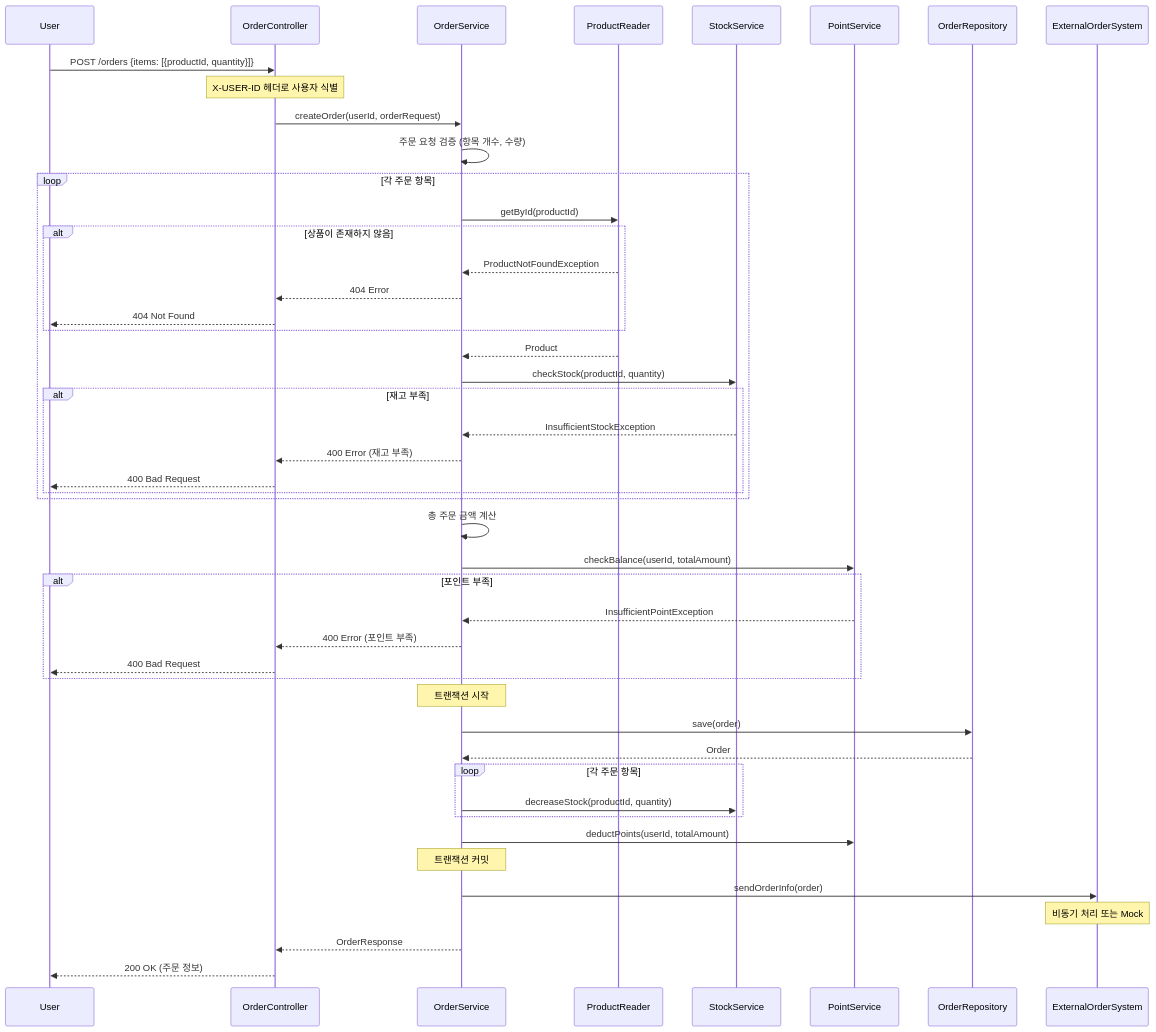
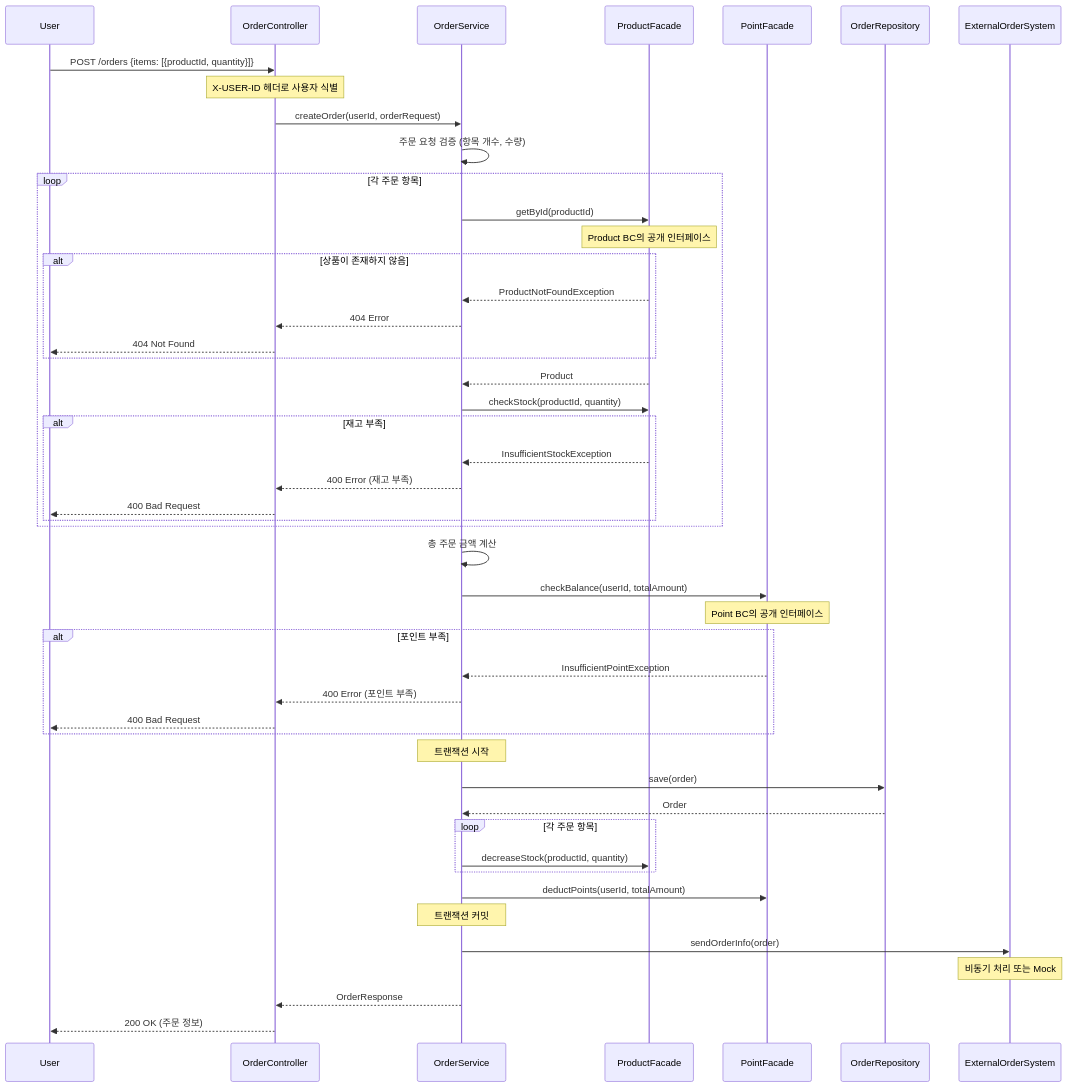
The fourth of 5 diagrams in .docs/design/02-sequence-diagrams.md (Loopers-dev-lab/loopers-spring-kotlin-template), drawn with Mermaid before and after one commit. The commit also changed other lines of this file and 1 other file, not shown here.

Commit message:
refactor: Facade 인터페이스로 Bounded Context 간 경계를 분명하게 나누도록 함

````diff
--- a/.docs/design/02-sequence-diagrams.md
+++ b/.docs/design/02-sequence-diagrams.md
@@ -156,63 +158,64 @@
 ```mermaid
 sequenceDiagram
     participant User
     participant OrderController
     participant OrderService
-    participant ProductReader
-    participant StockService
-    participant PointService
+    participant ProductFacade
+    participant PointFacade
     participant OrderRepository
     participant ExternalOrderSystem
 
     User->>OrderController: POST /orders {items: [{productId, quantity}]}
     Note over OrderController: X-USER-ID 헤더로 사용자 식별
 
     OrderController->>OrderService: createOrder(userId, orderRequest)
 
     OrderService->>OrderService: 주문 요청 검증 (항목 개수, 수량)
 
     loop 각 주문 항목
-        OrderService->>ProductReader: getById(productId)
+        OrderService->>ProductFacade: getById(productId)
+        Note over ProductFacade: Product BC의 공개 인터페이스
         alt 상품이 존재하지 않음
-            ProductReader-->>OrderService: ProductNotFoundException
+            ProductFacade-->>OrderService: ProductNotFoundException
             OrderService-->>OrderController: 404 Error
             OrderController-->>User: 404 Not Found
         end
-        ProductReader-->>OrderService: Product
+        ProductFacade-->>OrderService: Product
 
-        OrderService->>StockService: checkStock(productId, quantity)
+        OrderService->>ProductFacade: checkStock(productId, quantity)
         alt 재고 부족
-            StockService-->>OrderService: InsufficientStockException
+            ProductFacade-->>OrderService: InsufficientStockException
             OrderService-->>OrderController: 400 Error (재고 부족)
             OrderController-->>User: 400 Bad Request
         end
     end
 
     OrderService->>OrderService: 총 주문 금액 계산
 
-    OrderService->>PointService: checkBalance(userId, totalAmount)
+    OrderService->>PointFacade: checkBalance(userId, totalAmount)
+    Note over PointFacade: Point BC의 공개 인터페이스
     alt 포인트 부족
-        PointService-->>OrderService: InsufficientPointException
+        PointFacade-->>OrderService: InsufficientPointException
         OrderService-->>OrderController: 400 Error (포인트 부족)
         OrderController-->>User: 400 Bad Request
     end
 
     Note over OrderService: 트랜잭션 시작
 
     OrderService->>OrderRepository: save(order)
     OrderRepository-->>OrderService: Order
 
     loop 각 주문 항목
-        OrderService->>StockService: decreaseStock(productId, quantity)
+        OrderService->>ProductFacade: decreaseStock(productId, quantity)
     end
 
-    OrderService->>PointService: deductPoints(userId, totalAmount)
+    OrderService->>PointFacade: deductPoints(userId, totalAmount)
 
     Note over OrderService: 트랜잭션 커밋
 
     OrderService->>ExternalOrderSystem: sendOrderInfo(order)
     Note over ExternalOrderSystem: 비동기 처리 또는 Mock
 
     OrderService-->>OrderController: OrderResponse
     OrderController-->>User: 200 OK (주문 정보)
 ```
````
